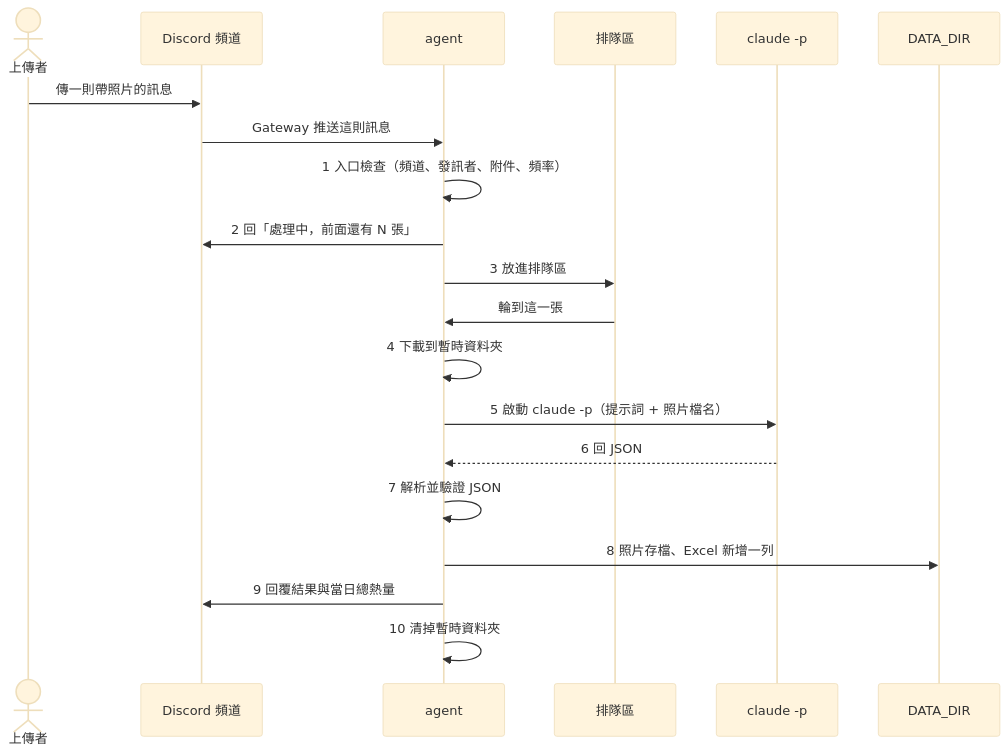
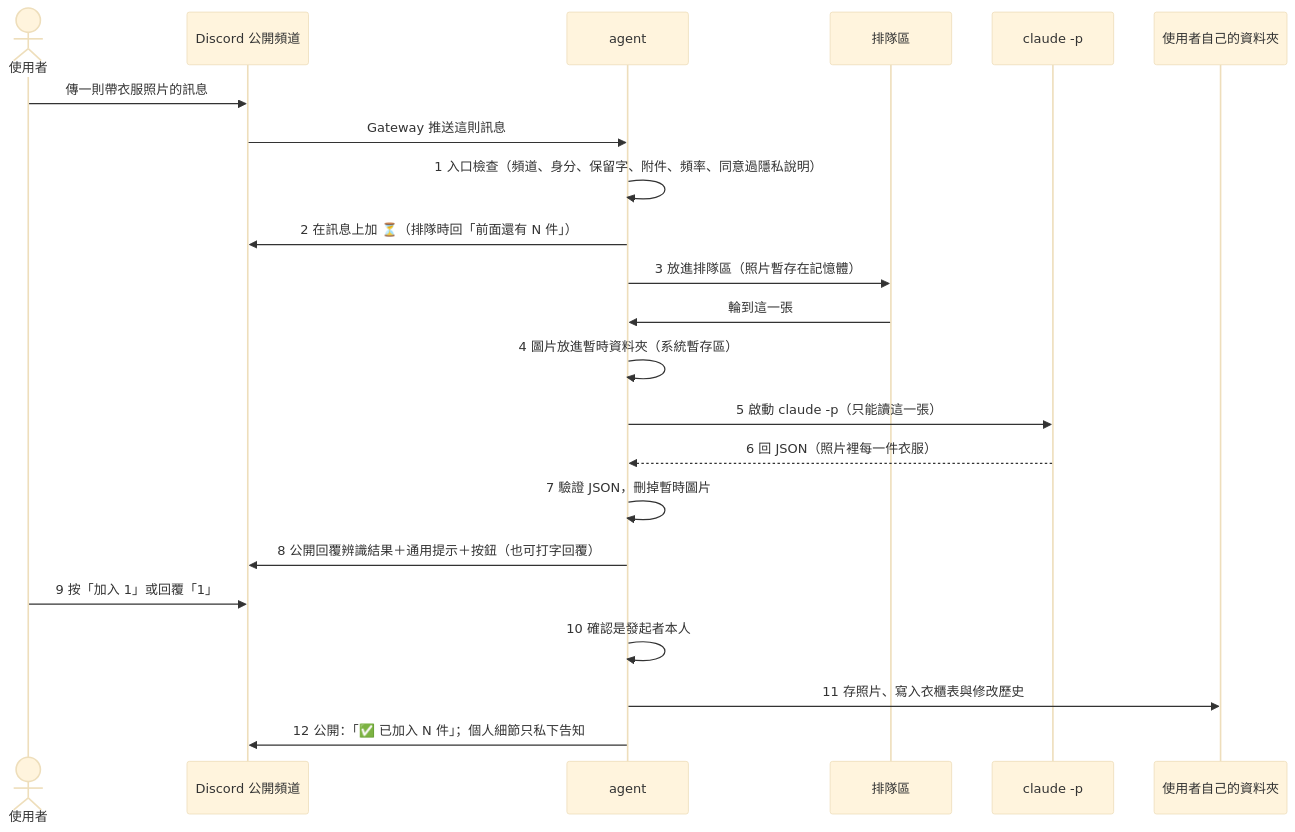
One commit to peiyu0968-dotcom/food12 changed the second of 2 diagrams in docs/architecture.md. Above: the diagram before and after it, drawn with Mermaid (base theme). The commit also changed other lines of this file and 49 other files, not shown here.

````diff
--- a/docs/architecture.md
+++ b/docs/architecture.md
@@ -179,23 +386,25 @@
 ```mermaid
 sequenceDiagram
-    actor 上傳者
-    participant D as Discord 頻道
+    actor 使用者
+    participant D as Discord 公開頻道
     participant A as agent
     participant Q as 排隊區
     participant C as claude -p
-    participant F as DATA_DIR
+    participant F as 使用者自己的資料夾
 
-    上傳者->>D: 傳一則帶照片的訊息
+    使用者->>D: 傳一則帶衣服照片的訊息
     D->>A: Gateway 推送這則訊息
-    A->>A: 1 入口檢查（頻道、發訊者、附件、頻率）
-    A->>D: 2 回「處理中，前面還有 N 張」
-    A->>Q: 3 放進排隊區
+    A->>A: 1 入口檢查（頻道、身分、保留字、附件、頻率、同意過隱私說明）
+    A->>D: 2 在訊息上加 ⏳（排隊時回「前面還有 N 件」）
+    A->>Q: 3 放進排隊區（照片暫存在記憶體）
     Q->>A: 輪到這一張
-    A->>A: 4 下載到暫時資料夾
-    A->>C: 5 啟動 claude -p（提示詞 + 照片檔名）
-    C-->>A: 6 回 JSON
-    A->>A: 7 解析並驗證 JSON
-    A->>F: 8 照片存檔、Excel 新增一列
-    A->>D: 9 回覆結果與當日總熱量
-    A->>A: 10 清掉暫時資料夾
+    A->>A: 4 圖片放進暫時資料夾（系統暫存區）
+    A->>C: 5 啟動 claude -p（只能讀這一張）
+    C-->>A: 6 回 JSON（照片裡每一件衣服）
+    A->>A: 7 驗證 JSON，刪掉暫時圖片
+    A->>D: 8 公開回覆辨識結果＋通用提示＋按鈕（也可打字回覆）
+    使用者->>D: 9 按「加入 1」或回覆「1」
+    A->>A: 10 確認是發起者本人
+    A->>F: 11 存照片、寫入衣櫃表與修改歷史
+    A->>D: 12 公開：「✅ 已加入 N 件」；個人細節只私下告知
 ```
````
